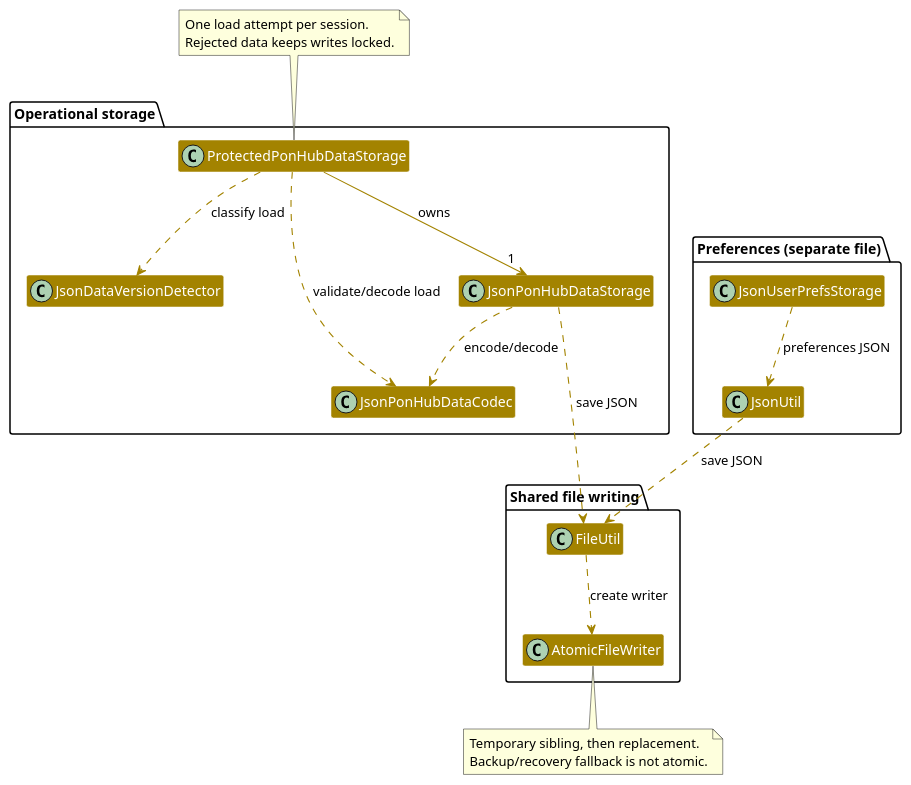
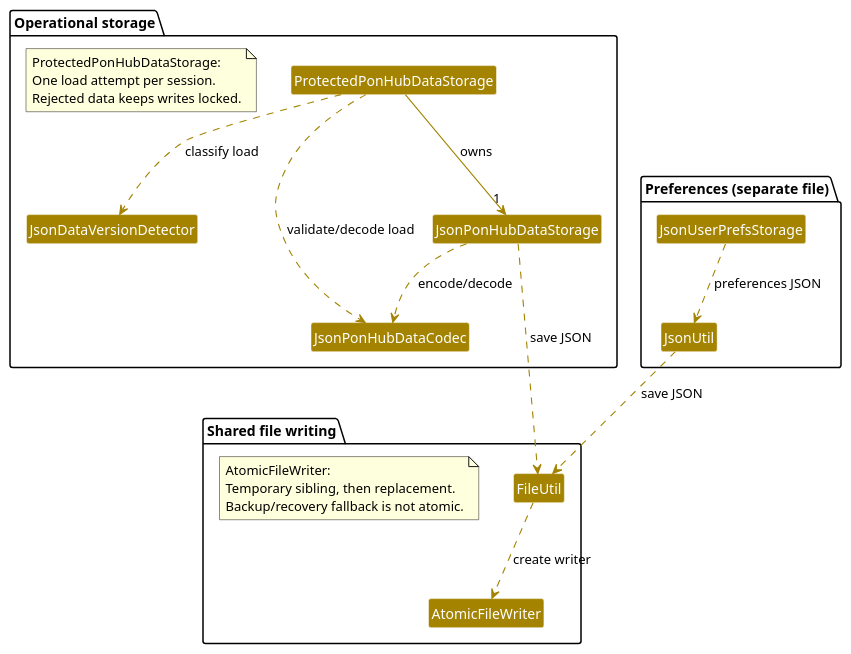
Before and after one commit to AY2627S1-CS2103T-F13-3/tp: the diagram in docs/diagrams/CanonicalStorageClassDiagram.puml, drawn with PlantUML. The commit also changed 2 other files, not shown here.

Commit message:
Correct storage diagram class and note notation

```diff
--- a/docs/diagrams/CanonicalStorageClassDiagram.puml
+++ b/docs/diagrams/CanonicalStorageClassDiagram.puml
@@ -1,49 +1,51 @@
 @startuml
 skinparam arrowThickness 1.1
 ' Match the storage palette in style.puml without unrelated sequence-diagram settings.
 skinparam arrowColor #A38300
 skinparam classBackgroundColor #A38300
 skinparam classFontColor #FFFFFF
 skinparam classFontName Arial
 skinparam classBorderColor #FFFFFF
 skinparam packageBackgroundColor #FFFFFF
 hide empty members
+hide circle
 top to bottom direction
 
 package "Operational storage" {
     class ProtectedPonHubDataStorage
     class JsonDataVersionDetector
     class JsonPonHubDataCodec
     class JsonPonHubDataStorage
+    note as LoadProtection
+      ProtectedPonHubDataStorage:
+      One load attempt per session.
+      Rejected data keeps writes locked.
+    end note
 }
 
 package "Preferences (separate file)" {
     class JsonUserPrefsStorage
     class JsonUtil
 }
 
 package "Shared file writing" {
     class FileUtil
     class AtomicFileWriter
+    note as SaveFallback
+      AtomicFileWriter:
+      Temporary sibling, then replacement.
+      Backup/recovery fallback is not atomic.
+    end note
 }
 
 ProtectedPonHubDataStorage --> "1" JsonPonHubDataStorage : owns
 ProtectedPonHubDataStorage ..> JsonDataVersionDetector : classify load
 ProtectedPonHubDataStorage ..> JsonPonHubDataCodec : validate/decode load
 JsonPonHubDataStorage ..> JsonPonHubDataCodec : encode/decode
 JsonPonHubDataStorage ..> FileUtil : save JSON
 JsonUserPrefsStorage ..> JsonUtil : preferences JSON
 JsonUtil ..> FileUtil : save JSON
 FileUtil ..> AtomicFileWriter : create writer
 JsonPonHubDataCodec -[hidden]down-> FileUtil
 
-note top of ProtectedPonHubDataStorage
-  One load attempt per session.
-  Rejected data keeps writes locked.
-end note
-
-note bottom of AtomicFileWriter
-  Temporary sibling, then replacement.
-  Backup/recovery fallback is not atomic.
-end note
 @enduml
```
